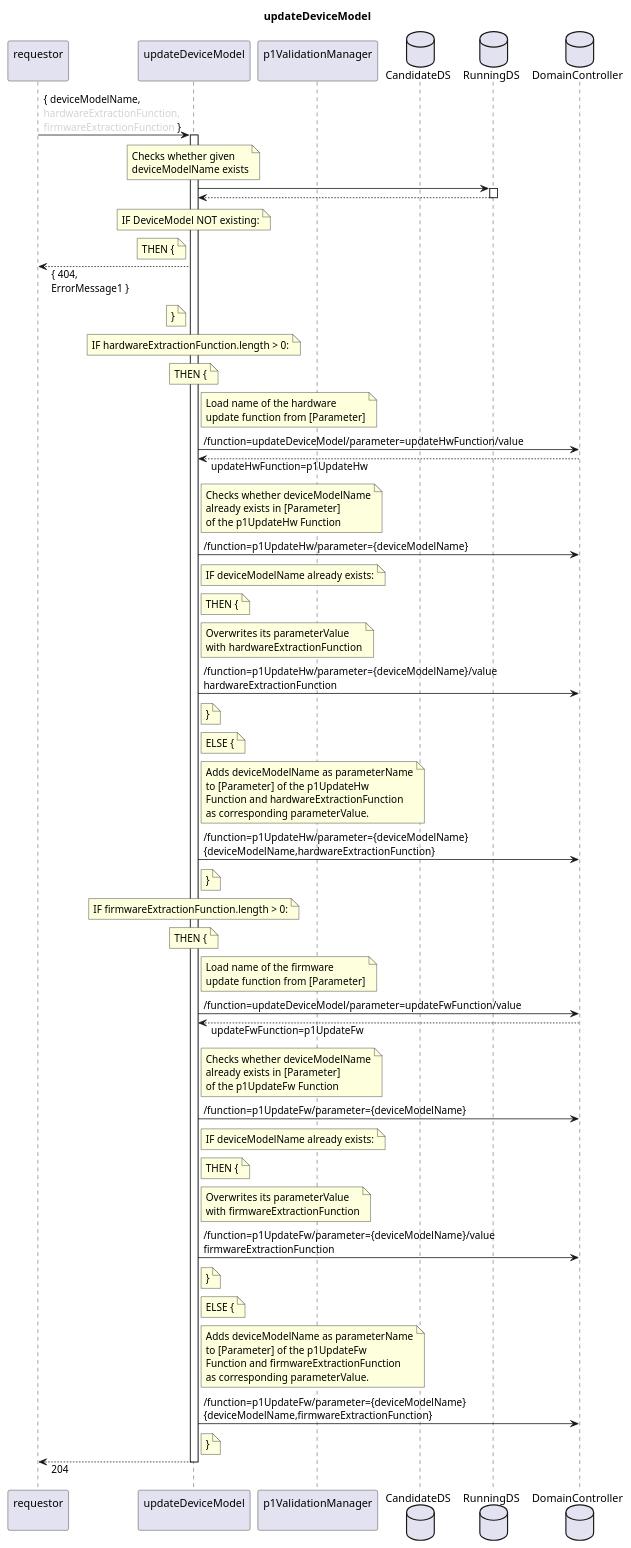
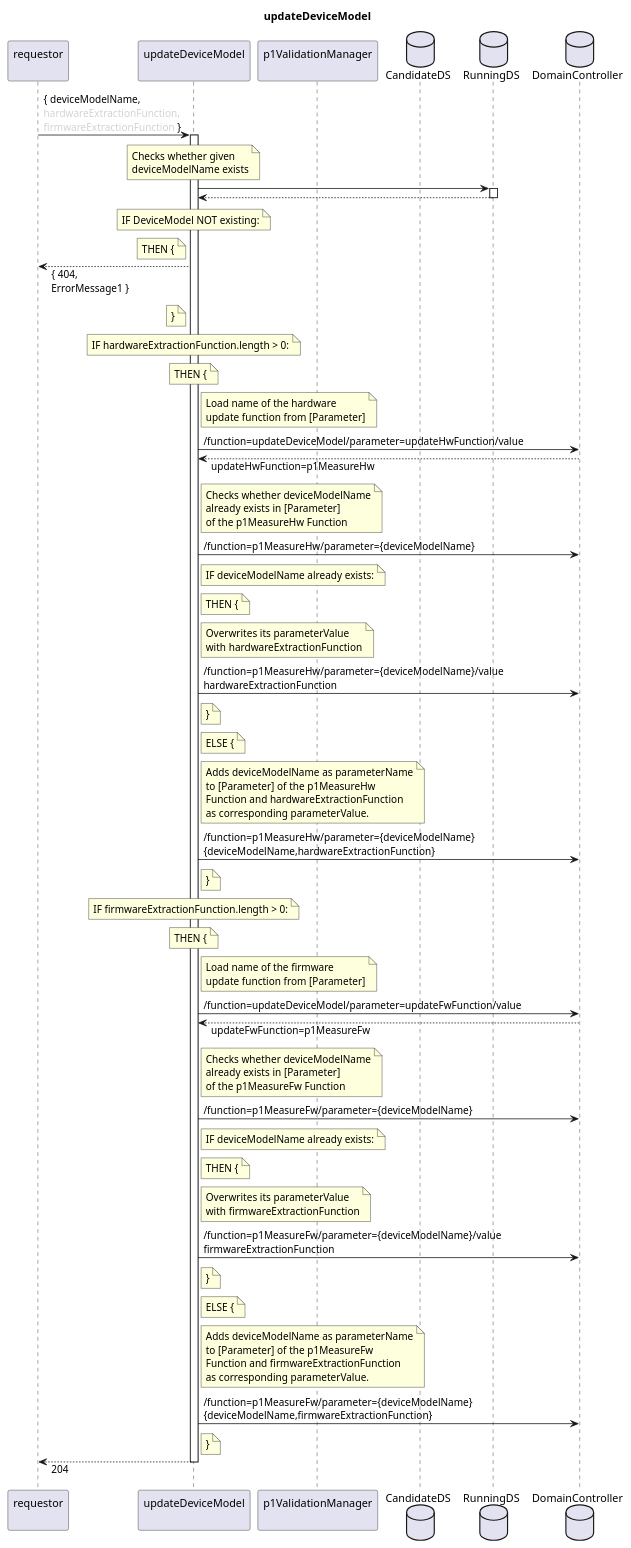
One commit to openBackhaul/FirmWareManager changed the diagram in spec/Services/updateDeviceModel/1.0.0/updateDeviceModel.plantuml. Above: the diagram before and after it, drawn with PlantUML. The commit also changed 53 other files, not shown here.

```diff
--- a/spec/Services/updateDeviceModel/1.0.0/updateDeviceModel.plantuml
+++ b/spec/Services/updateDeviceModel/1.0.0/updateDeviceModel.plantuml
@@ -1,133 +1,133 @@
 @startuml updateDeviceModel
 skinparam responseMessageBelowArrow true
 
 title
   updateDeviceModel
 end title
 
 participant "requestor\n" as requestor
 participant "updateDeviceModel\n" as indServ
 participant "p1ValidationManager\n" as valiMan
 
 database "CandidateDS" as CanDS
 database "RunningDS" as RunDS
 database "DomainController" as DC
 
 requestor -> indServ: { deviceModelName,\n<color:LightGray>hardwareExtractionFunction,\n<color:LightGray>firmwareExtractionFunction</color> }
 activate indServ
 
   note over indServ
     Checks whether given
     deviceModelName exists
   end note
   indServ -> RunDS
   activate RunDS
   indServ <-- RunDS
   deactivate RunDS
   note over indServ
     IF DeviceModel NOT existing:
   end note
   note left indServ
     THEN {
   end note
   requestor <-- indServ: { 404,\nErrorMessage1 }
   note left indServ
     }
   end note
 
   note over indServ
     IF hardwareExtractionFunction.length > 0:
   end note
   note over indServ
     THEN {
   end note
   note right indServ
     Load name of the hardware 
     update function from [Parameter]
   end note
   indServ -> DC: /function=updateDeviceModel/parameter=updateHwFunction/value
-  indServ <-- DC: updateHwFunction=p1UpdateHw
+  indServ <-- DC: updateHwFunction=p1MeasureHw
   note right indServ
     Checks whether deviceModelName
     already exists in [Parameter]
-    of the p1UpdateHw Function
+    of the p1MeasureHw Function
   end note
-  indServ -> DC: /function=p1UpdateHw/parameter={deviceModelName}
+  indServ -> DC: /function=p1MeasureHw/parameter={deviceModelName}
   note right indServ
     IF deviceModelName already exists:
   end note
   note right indServ
     THEN {
   end note
   note right indServ
     Overwrites its parameterValue
     with hardwareExtractionFunction
   end note
-  indServ -> DC: /function=p1UpdateHw/parameter={deviceModelName}/value\nhardwareExtractionFunction
+  indServ -> DC: /function=p1MeasureHw/parameter={deviceModelName}/value\nhardwareExtractionFunction
   note right indServ
     }
   end note
   note right indServ
     ELSE {
   end note
   note right indServ
     Adds deviceModelName as parameterName
-    to [Parameter] of the p1UpdateHw
+    to [Parameter] of the p1MeasureHw
     Function and hardwareExtractionFunction
     as corresponding parameterValue.
   end note
-  indServ -> DC: /function=p1UpdateHw/parameter={deviceModelName}\n{deviceModelName,hardwareExtractionFunction}
+  indServ -> DC: /function=p1MeasureHw/parameter={deviceModelName}\n{deviceModelName,hardwareExtractionFunction}
   note right indServ
     }
   end note
 
   note over indServ
     IF firmwareExtractionFunction.length > 0:
   end note
   note over indServ
     THEN {
   end note
   note right indServ
     Load name of the firmware 
     update function from [Parameter]
   end note
   indServ -> DC: /function=updateDeviceModel/parameter=updateFwFunction/value
-  indServ <-- DC: updateFwFunction=p1UpdateFw
+  indServ <-- DC: updateFwFunction=p1MeasureFw
   note right indServ
     Checks whether deviceModelName
     already exists in [Parameter]
-    of the p1UpdateFw Function
+    of the p1MeasureFw Function
   end note
-  indServ -> DC: /function=p1UpdateFw/parameter={deviceModelName}
+  indServ -> DC: /function=p1MeasureFw/parameter={deviceModelName}
   note right indServ
     IF deviceModelName already exists:
   end note
   note right indServ
     THEN {
   end note
   note right indServ
     Overwrites its parameterValue
     with firmwareExtractionFunction
   end note
-  indServ -> DC: /function=p1UpdateFw/parameter={deviceModelName}/value\nfirmwareExtractionFunction
+  indServ -> DC: /function=p1MeasureFw/parameter={deviceModelName}/value\nfirmwareExtractionFunction
   note right indServ
     }
   end note
   note right indServ
     ELSE {
   end note
   note right indServ
     Adds deviceModelName as parameterName
-    to [Parameter] of the p1UpdateFw
+    to [Parameter] of the p1MeasureFw
     Function and firmwareExtractionFunction
     as corresponding parameterValue.
   end note
-  indServ -> DC: /function=p1UpdateFw/parameter={deviceModelName}\n{deviceModelName,firmwareExtractionFunction}
+  indServ -> DC: /function=p1MeasureFw/parameter={deviceModelName}\n{deviceModelName,firmwareExtractionFunction}
   note right indServ
     }
   end note
 
 requestor <-- indServ: 204
 deactivate indServ
 
 @enduml
```
